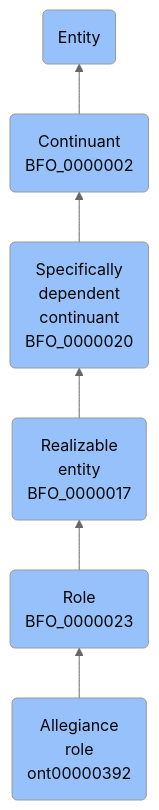
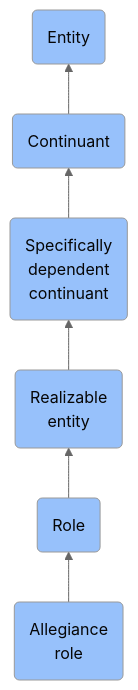
The diagram in docs/ontology/reference/model/Entity/Continuant/Specifically dependent continuant/Realizable entity/Role/Allegiance role/Allegiance role.md (jupyter-naas/abi), drawn with Mermaid (neutral theme) before and after one commit. The commit also changed other lines of this file and 1430 other files, not shown here.

````diff
--- a/docs/ontology/reference/model/Entity/Continuant/Specifically dependent continuant/Realizable entity/Role/Allegiance role/Allegiance role.md
+++ b/docs/ontology/reference/model/Entity/Continuant/Specifically dependent continuant/Realizable entity/Role/Allegiance role/Allegiance role.md
@@ -24,13 +24,13 @@
 ```mermaid
 graph BT
-    ont00000392(Allegiance<br>role<br>ont00000392):::BFO-->BFO_0000023
-    BFO_0000023(Role<br>BFO_0000023):::BFO-->BFO_0000017
-    BFO_0000017(Realizable<br>entity<br>BFO_0000017):::BFO-->BFO_0000020
-    BFO_0000020(Specifically<br>dependent<br>continuant<br>BFO_0000020):::BFO-->BFO_0000002
-    BFO_0000002(Continuant<br>BFO_0000002):::BFO-->BFO_0000001
+    ont00000392(Allegiance<br>role):::BFO-->BFO_0000023
+    BFO_0000023(Role):::BFO-->BFO_0000017
+    BFO_0000017(Realizable<br>entity):::BFO-->BFO_0000020
+    BFO_0000020(Specifically<br>dependent<br>continuant):::BFO-->BFO_0000002
+    BFO_0000002(Continuant):::BFO-->BFO_0000001
     BFO_0000001(Entity):::BFO
     
     classDef BFO fill:#97c1fb,color:#060606
     classDef CCO fill:#e4c51e,color:#060606
     classDef ABI fill:#48DD82,color:#060606
 ```
````
